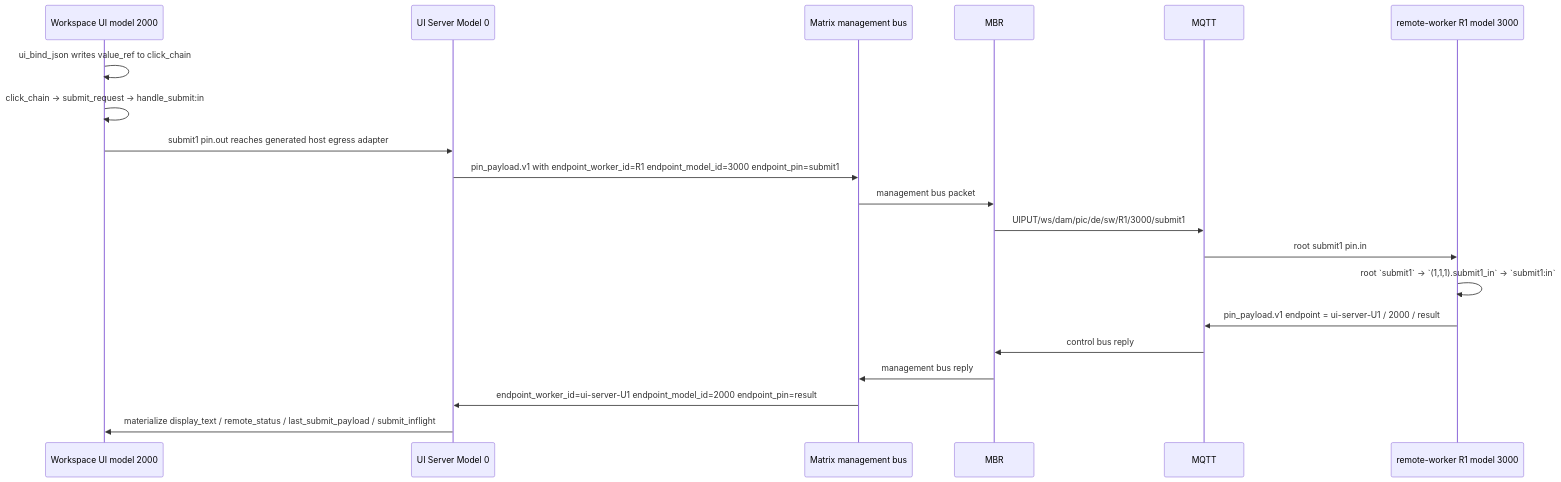
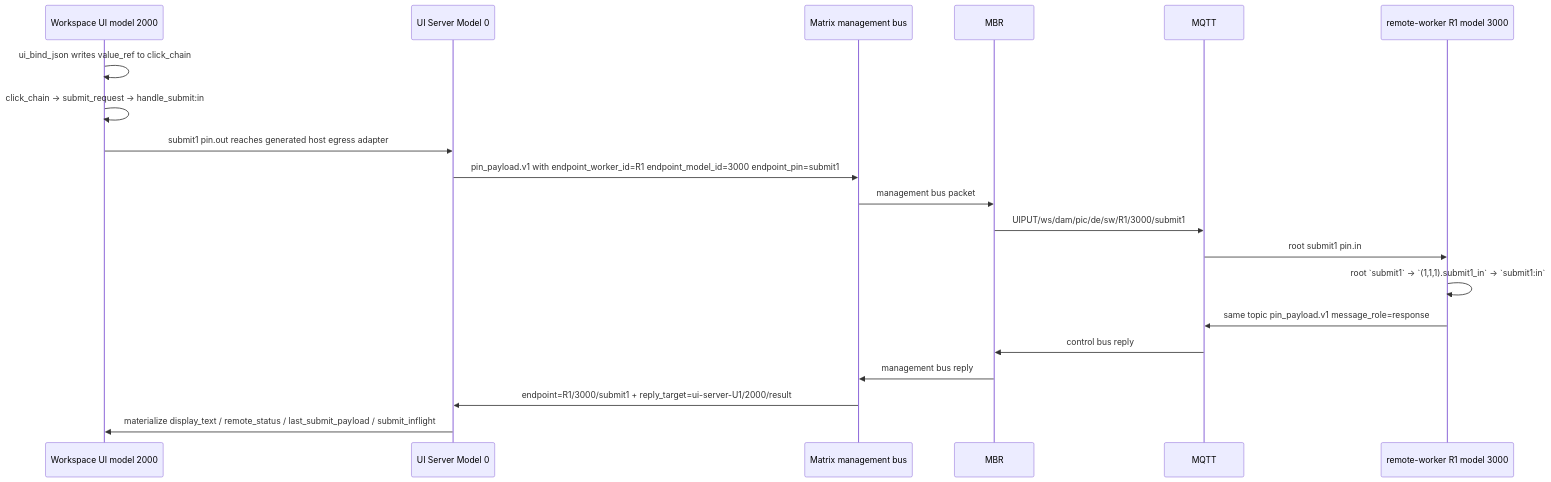
One commit to drooop/dongyu_js_core changed the first of 3 diagrams in docs/user-guide/slide-app-runtime/minimal_submit_app_provider_visualized.md. Above: the diagram before and after it, drawn with Mermaid. The commit also changed other lines of this file and 47 other files, not shown here.

````diff
--- a/docs/user-guide/slide-app-runtime/minimal_submit_app_provider_visualized.md
+++ b/docs/user-guide/slide-app-runtime/minimal_submit_app_provider_visualized.md
@@ -15,22 +15,22 @@
 ```mermaid
 sequenceDiagram
   participant UI as Workspace UI model 2000
   participant M0 as UI Server Model 0
   participant MX as Matrix management bus
   participant MBR as MBR
   participant MQTT as MQTT
   participant R1 as remote-worker R1 model 3000
   UI->>UI: ui_bind_json writes value_ref to click_chain
   UI->>UI: click_chain -> submit_request -> handle_submit:in
   UI->>M0: submit1 pin.out reaches generated host egress adapter
   M0->>MX: pin_payload.v1 with endpoint_worker_id=R1 endpoint_model_id=3000 endpoint_pin=submit1
   MX->>MBR: management bus packet
   MBR->>MQTT: UIPUT/ws/dam/pic/de/sw/R1/3000/submit1
   MQTT->>R1: root submit1 pin.in
   R1->>R1: root `submit1` -> `(1,1,1).submit1_in` -> `submit1:in`
-  R1->>MQTT: pin_payload.v1 endpoint = ui-server-U1 / 2000 / result
+  R1->>MQTT: same topic pin_payload.v1 message_role=response
   MQTT->>MBR: control bus reply
   MBR->>MX: management bus reply
-  MX->>M0: endpoint_worker_id=ui-server-U1 endpoint_model_id=2000 endpoint_pin=result
+  MX->>M0: endpoint=R1/3000/submit1 + reply_target=ui-server-U1/2000/result
   M0->>UI: materialize display_text / remote_status / last_submit_payload / submit_inflight
 ```
````
